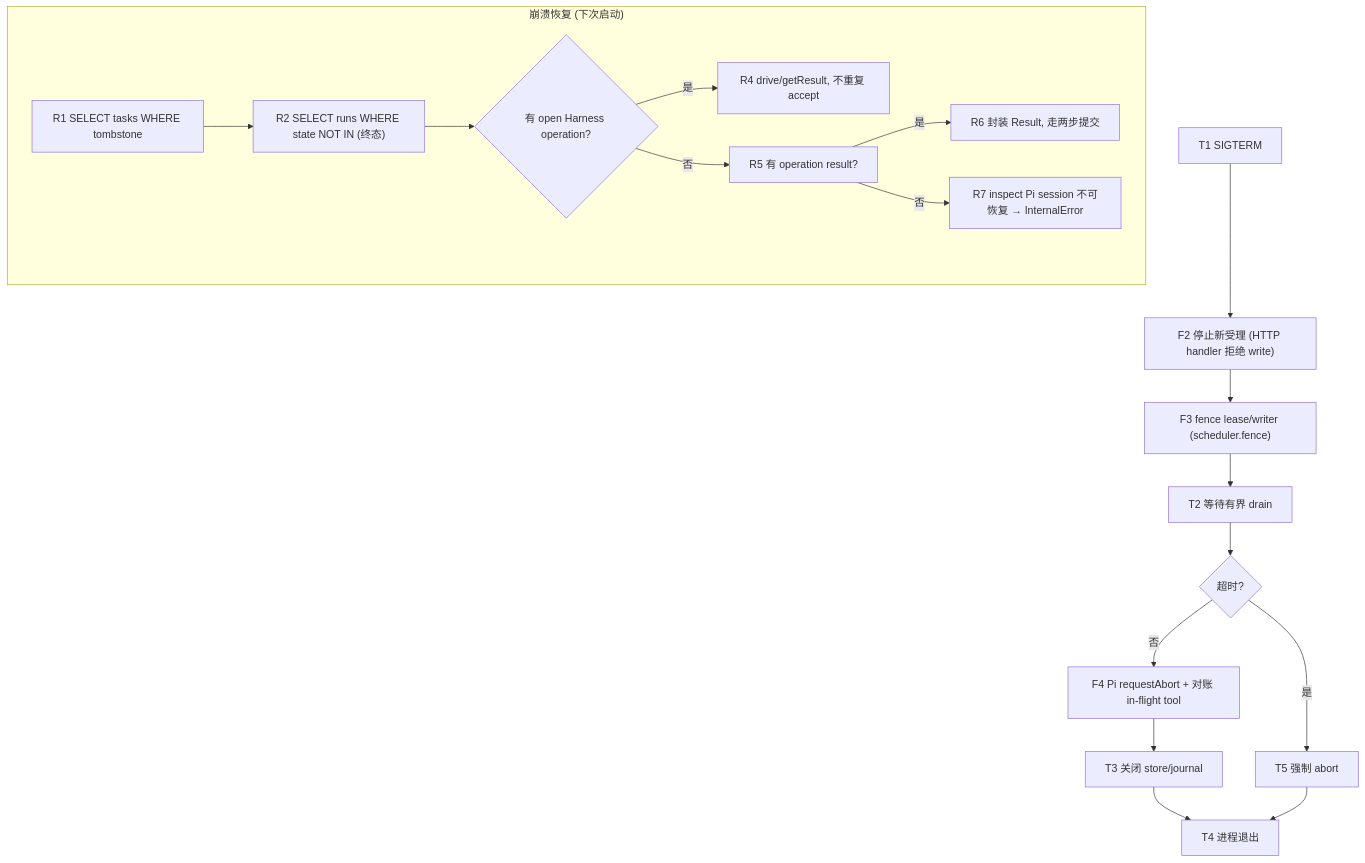
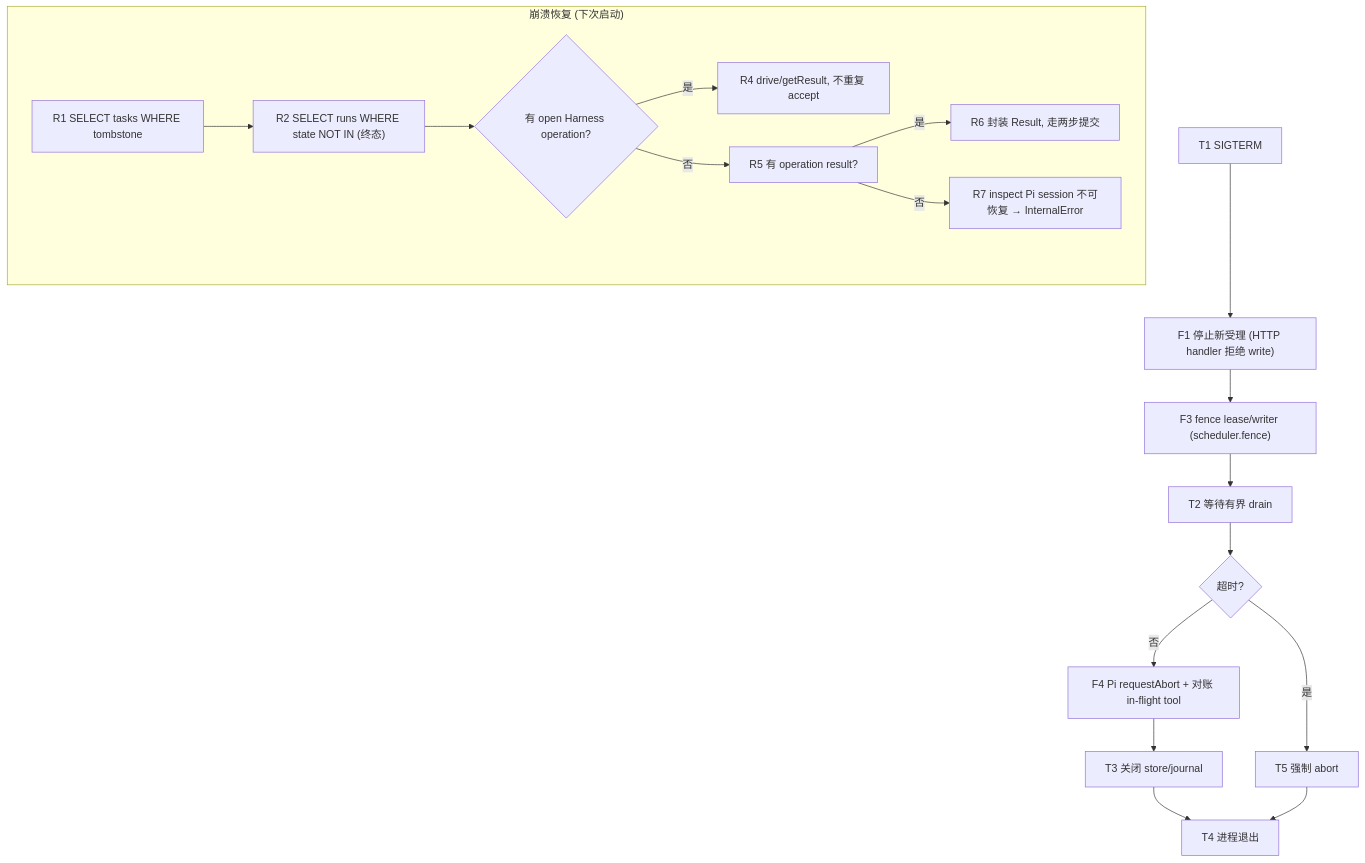
Before and after one commit to corezilla/piko: the ninth of 10 diagrams in docs/20_system_design/piko-system-design.md, drawn with Mermaid. The commit also changed other lines of this file and 22 other files, not shown here.

````diff
--- a/docs/20_system_design/piko-system-design.md
+++ b/docs/20_system_design/piko-system-design.md
@@ -598,21 +655,21 @@
 ```mermaid
 flowchart TD
-  T1["T1 SIGTERM"] --> F1["F2 停止新受理 (HTTP handler 拒绝 write)"]
+  T1["T1 SIGTERM"] --> F1["F1 停止新受理 (HTTP handler 拒绝 write)"]
   F1 --> F3["F3 fence lease/writer (scheduler.fence)"]
   F3 --> T2["T2 等待有界 drain"]
   T2 --> Q1{"超时?"}
   Q1 -- 否 --> F4["F4 Pi requestAbort + 对账 in-flight tool"]
   F4 --> T3["T3 关闭 store/journal"]
   T3 --> T4["T4 进程退出"]
   Q1 -- 是 --> T5["T5 强制 abort"]
   T5 --> T4
 
   subgraph REC["崩溃恢复 (下次启动)"]
     R1["R1 SELECT tasks WHERE tombstone"] --> R2["R2 SELECT runs WHERE state NOT IN (终态)"]
     R2 --> R3{"有 open Harness operation?"}
     R3 -- 是 --> R4["R4 drive/getResult, 不重复 accept"]
     R3 -- 否 --> R5["R5 有 operation result?"]
     R5 -- 是 --> R6["R6 封装 Result, 走两步提交"]
     R5 -- 否 --> R7["R7 inspect Pi session 不可恢复 → InternalError"]
   end
 ```
````
